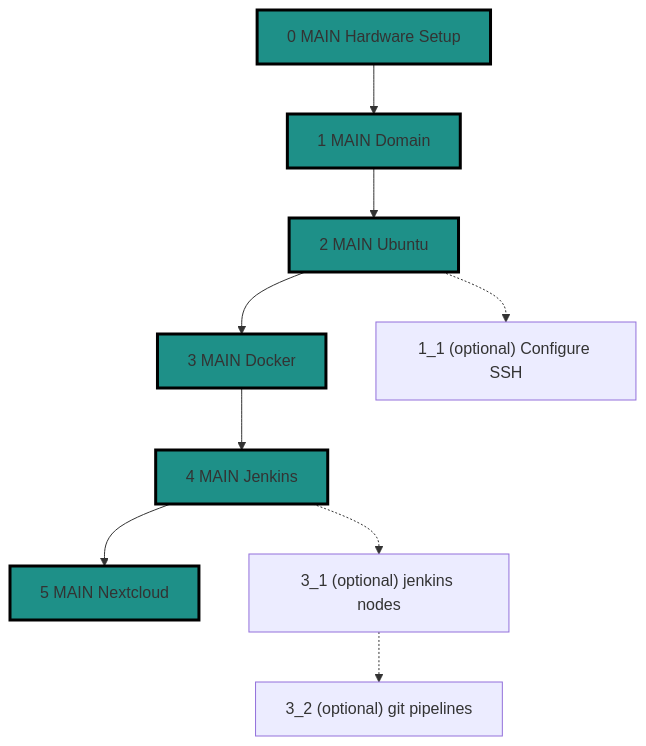
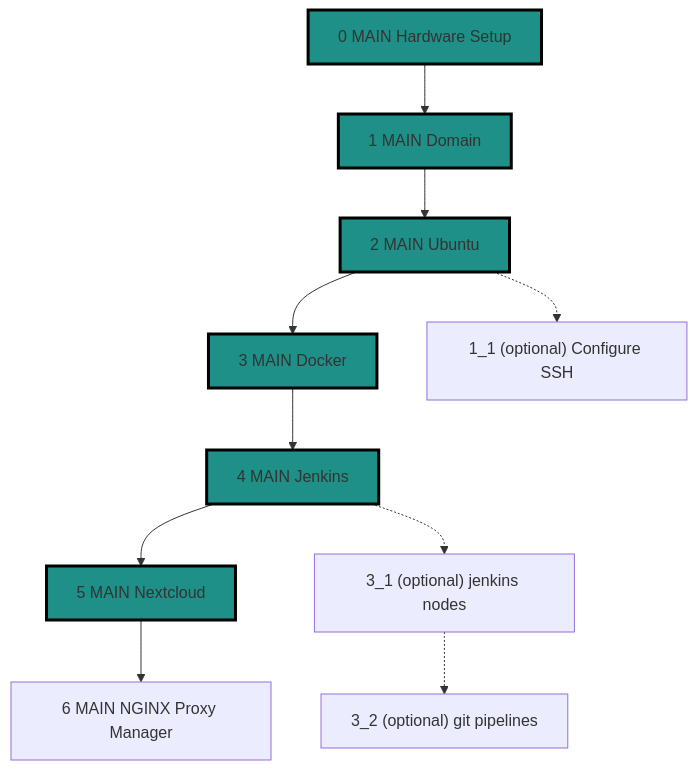
The diagram in README.md (slreynolds/decentralize-your-internet), drawn with Mermaid before and after one commit. The commit also changed other lines of this file and 1 other file, not shown here.

Commit message:
format nginx proxy manager

````diff
--- a/README.md
+++ b/README.md
@@ -2,19 +2,20 @@
 ```mermaid
 flowchart TD
     0["0 MAIN Hardware Setup"] --> 1
     1["1 MAIN Domain"] --> 2
     2["2 MAIN Ubuntu"] --> 3
     3["3 MAIN Docker"] --> 4
     4["4 MAIN Jenkins"] --> 5
-    5["5 MAIN Nextcloud"]
+    5["5 MAIN Nextcloud"] --> 6
+    6["6 MAIN NGINX Proxy Manager"]
     2 -.-> 2_1["1_1 (optional) Configure SSH"]
     4 -.-> 4_1["3_1 (optional) jenkins nodes"]
     4_1 -.-> 4_2["3_2 (optional) git pipelines"]
     
     style 0 fill:#1E9088,stroke:#000,stroke-width:3px
     style 1 fill:#1E9088,stroke:#000,stroke-width:3px
     style 2 fill:#1E9088,stroke:#000,stroke-width:3px
     style 3 fill:#1E9088,stroke:#000,stroke-width:3px
     style 4 fill:#1E9088,stroke:#000,stroke-width:3px
     style 5 fill:#1E9088,stroke:#000,stroke-width:3px
 ```
````
